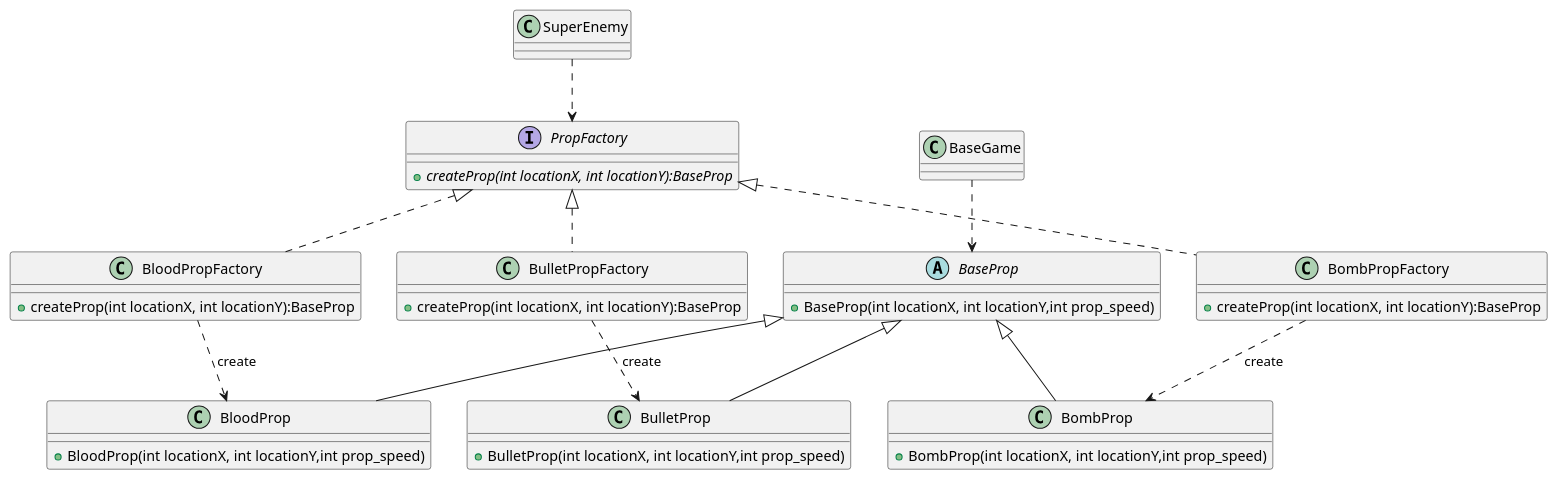
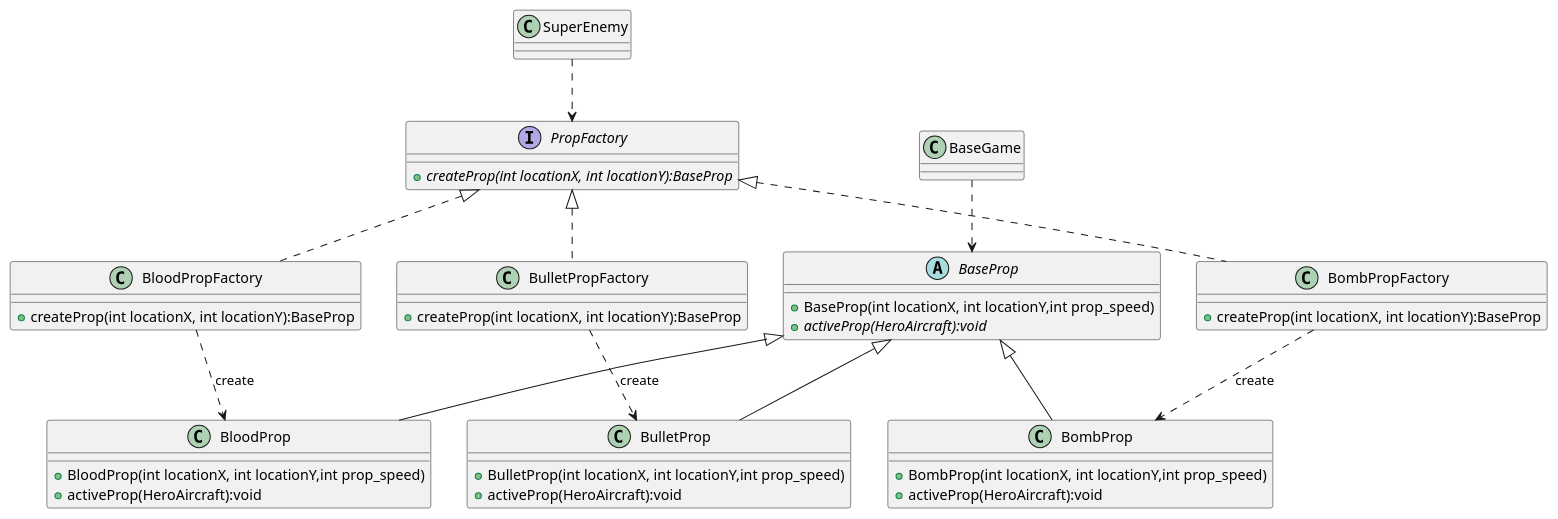
The diagram in uml/exp2-工厂模式道具UML类图.puml (jirange/aircraft-war), drawn with PlantUML before and after one commit. The commit also changed 30 other files, not shown here.

```diff
--- a/uml/exp2-工厂模式道具UML类图.puml
+++ b/uml/exp2-工厂模式道具UML类图.puml
@@ -1,53 +1,57 @@
 @startuml
 'https://plantuml.com/sequence-diagram
 
 abstract class BaseProp {
 '道具类
     + BaseProp(int locationX, int locationY,int prop_speed)
+    + {abstract} activeProp(HeroAircraft):void
 }
 
 
 class BloodProp {
 '加血道具类
     + BloodProp(int locationX, int locationY,int prop_speed)
+    + activeProp(HeroAircraft):void
 }
 
 class BombProp {
 '炸弹道具类
     + BombProp(int locationX, int locationY,int prop_speed)
+    + activeProp(HeroAircraft):void
 }
 
 class BulletProp {
 '火力道具类
     + BulletProp(int locationX, int locationY,int prop_speed)
+    + activeProp(HeroAircraft):void
 }
 
 BaseProp <|-- BloodProp
 BaseProp <|-- BombProp
 BaseProp <|-- BulletProp
 
 interface PropFactory{
     + {abstract} createProp(int locationX, int locationY):BaseProp
 }
 class BloodPropFactory {
      + createProp(int locationX, int locationY):BaseProp
 }
 class BombPropFactory {
     + createProp(int locationX, int locationY):BaseProp
 }
 class BulletPropFactory {
     + createProp(int locationX, int locationY):BaseProp
 }
 
 PropFactory <|.. BloodPropFactory
 PropFactory <|.. BombPropFactory
 PropFactory <|.. BulletPropFactory
 
 BloodPropFactory ..> BloodProp:"«create»"
 BombPropFactory ..> BombProp:"«create»"
 BulletPropFactory ..> BulletProp:"«create»"
 
 SuperEnemy ..> PropFactory
 BaseGame ..> BaseProp
 
 @enduml
```
